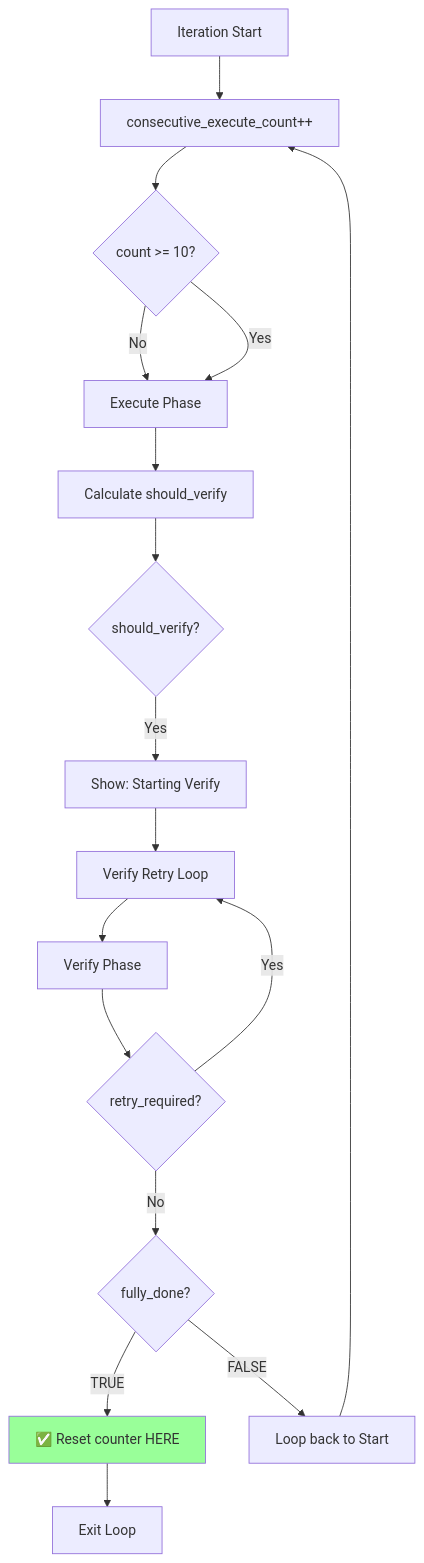
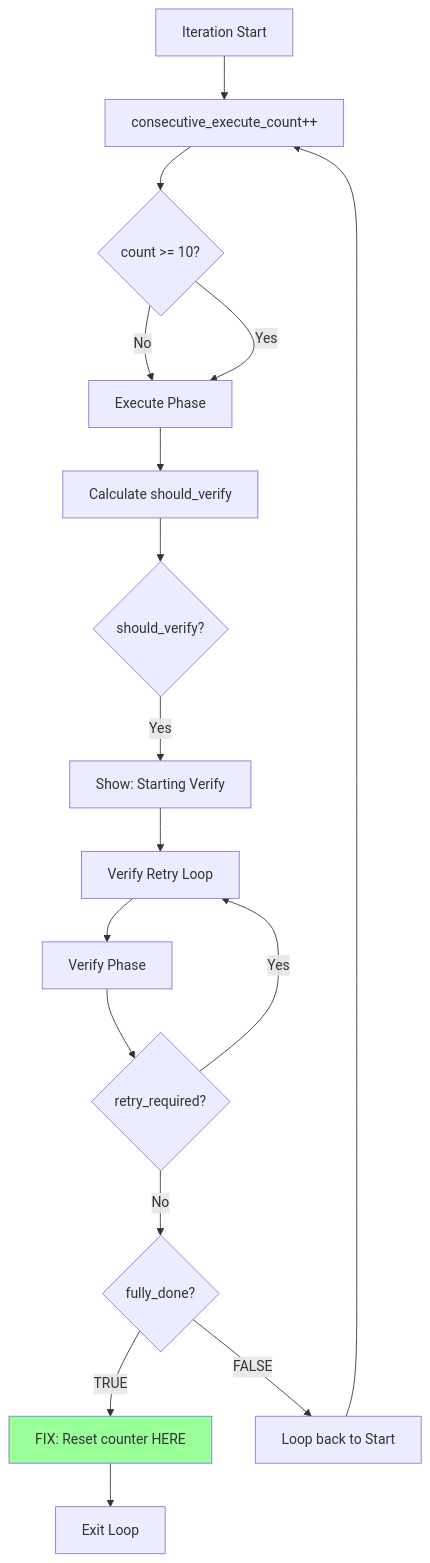
The second of 2 diagrams in ai-todolist.md (code-yeongyu/sisyphus-private), drawn with Mermaid before and after one commit. The commit also changed other lines of this file, not shown here.

````diff
--- a/ai-todolist.md
+++ b/ai-todolist.md
@@ -184,28 +184,28 @@
 ```mermaid
 graph TB
     Start[Iteration Start] --> IncCounter[consecutive_execute_count++]
     IncCounter --> CheckForce{count >= 10?}
 
     CheckForce -->|No| Execute
     CheckForce -->|Yes| Execute[Execute Phase]
 
     Execute --> CalcVerify[Calculate should_verify]
     CalcVerify --> VerifyCheck{should_verify?}
 
     VerifyCheck -->|Yes| ShowVerify[Show: Starting Verify]
     ShowVerify --> VerifyRetryLoop[Verify Retry Loop]
 
     VerifyRetryLoop --> Verify[Verify Phase]
     Verify --> CheckRetry{retry_required?}
 
     CheckRetry -->|Yes| VerifyRetryLoop
     CheckRetry -->|No| CheckDone{fully_done?}
 
-    CheckDone -->|TRUE| ResetCounter[✅ Reset counter HERE]
+    CheckDone -->|TRUE| ResetCounter["FIX: Reset counter HERE"]
     CheckDone -->|FALSE| LoopBack[Loop back to Start]
 
     ResetCounter --> End[Exit Loop]
     LoopBack --> IncCounter
 
     style ResetCounter fill:#9f9
 ```
````
